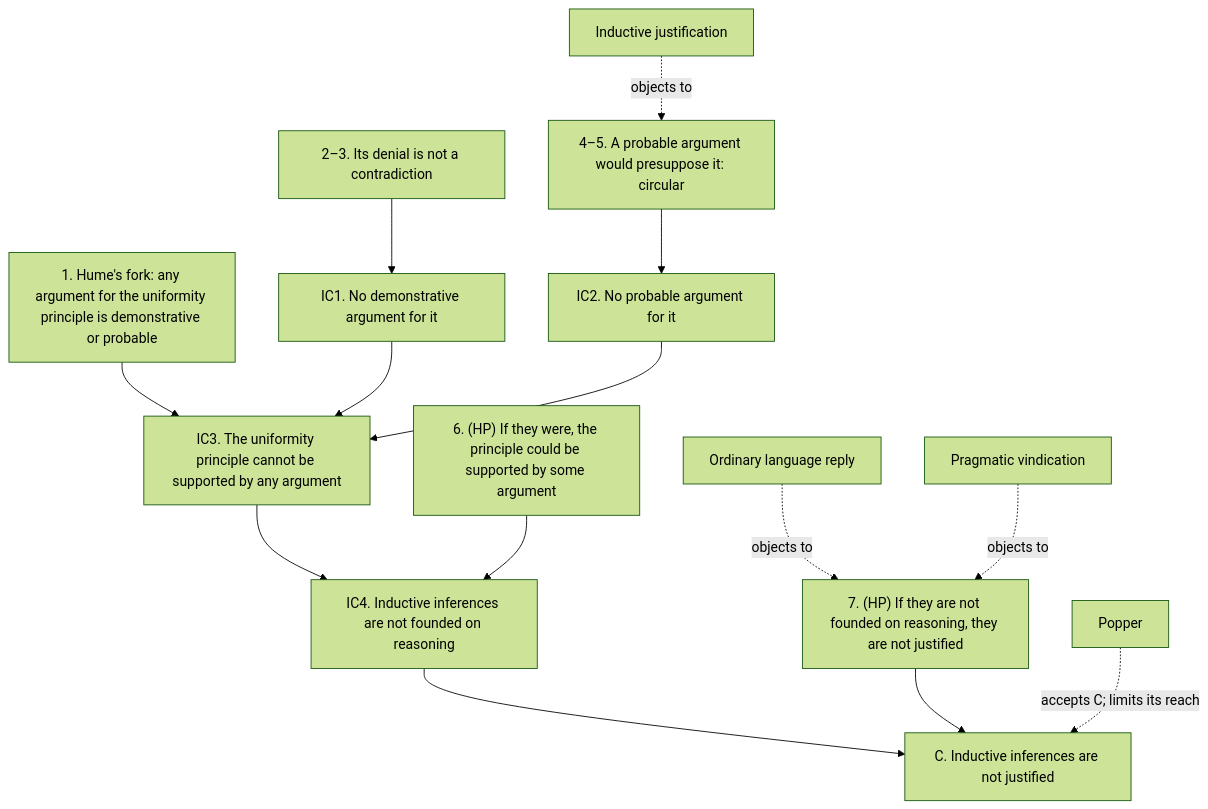
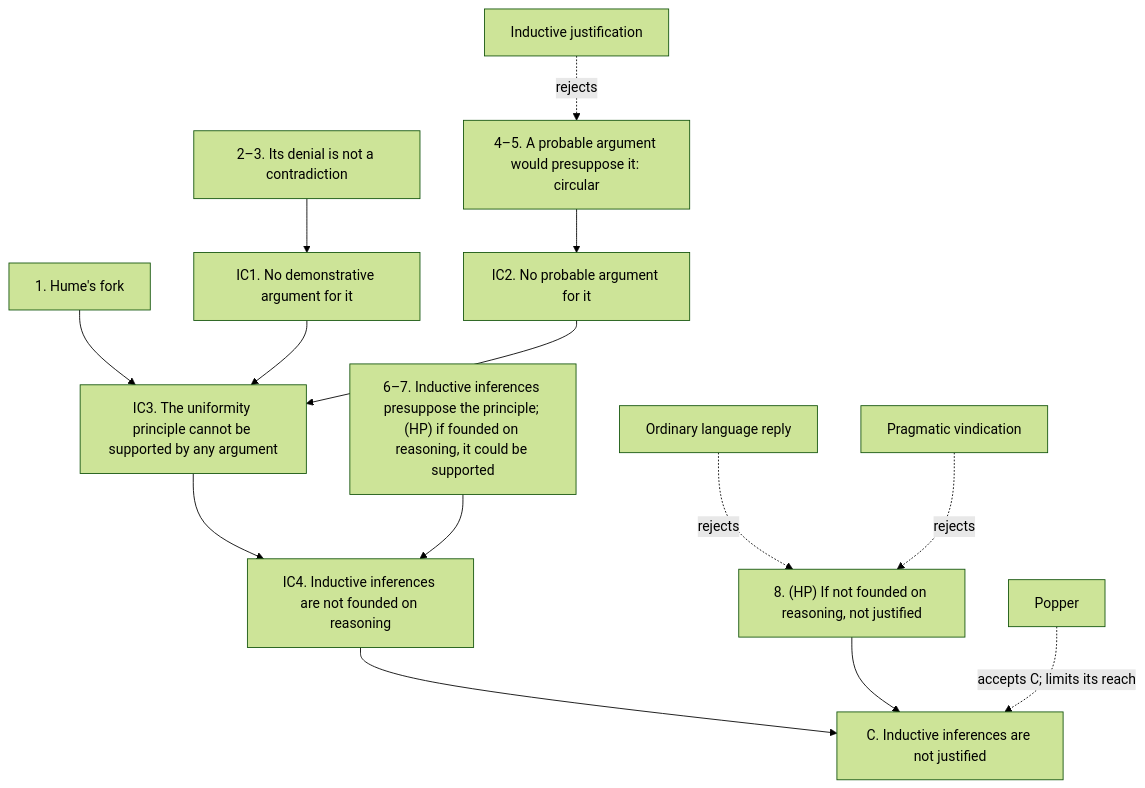
One commit to jbeynonedu/pr-explorer changed the diagram in content/induction/problem-of-induction.md. Above: the diagram before and after it, drawn with Mermaid (forest theme). The commit also changed other lines of this file and 7 other files, not shown here.

````diff
--- a/content/induction/problem-of-induction.md
+++ b/content/induction/problem-of-induction.md
@@ -138,16 +135,16 @@
 ```mermaid
 flowchart TD
-  F["1. Hume's fork: any argument for the uniformity principle is demonstrative or probable"] --> IC3["IC3. The uniformity principle cannot be supported by any argument"]
-  P2["2–3. Its denial is not a contradiction"] --> IC1["IC1. No demonstrative argument for it"]
-  P4["4–5. A probable argument would presuppose it: circular"] --> IC2["IC2. No probable argument for it"]
+  F["1. Hume's fork"] --> IC3["IC3. The uniformity principle cannot be supported by any argument"]
+  P23["2–3. Its denial is not a contradiction"] --> IC1["IC1. No demonstrative argument for it"]
+  P45["4–5. A probable argument would presuppose it: circular"] --> IC2["IC2. No probable argument for it"]
   IC1 --> IC3
   IC2 --> IC3
   IC3 --> IC4["IC4. Inductive inferences are not founded on reasoning"]
-  P6["6. (HP) If they were, the principle could be supported by some argument"] --> IC4
+  P67["6–7. Inductive inferences presuppose the principle; (HP) if founded on reasoning, it could be supported"] --> IC4
   IC4 --> C["C. Inductive inferences are not justified"]
-  P7["7. (HP) If they are not founded on reasoning, they are not justified"] --> C
-  IJ["Inductive justification"] -.->|objects to| P4
-  OL["Ordinary language reply"] -.->|objects to| P7
-  PV["Pragmatic vindication"] -.->|objects to| P7
+  P8["8. (HP) If not founded on reasoning, not justified"] --> C
+  IJ["Inductive justification"] -.->|rejects| P45
+  OL["Ordinary language reply"] -.->|rejects| P8
+  PV["Pragmatic vindication"] -.->|rejects| P8
   PO["Popper"] -.->|accepts C; limits its reach| C
 ```
````
